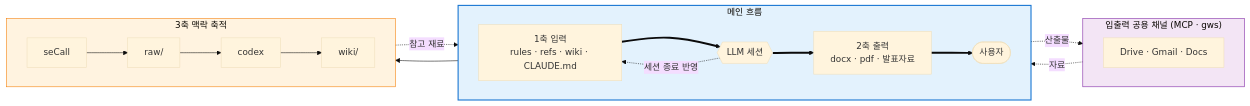
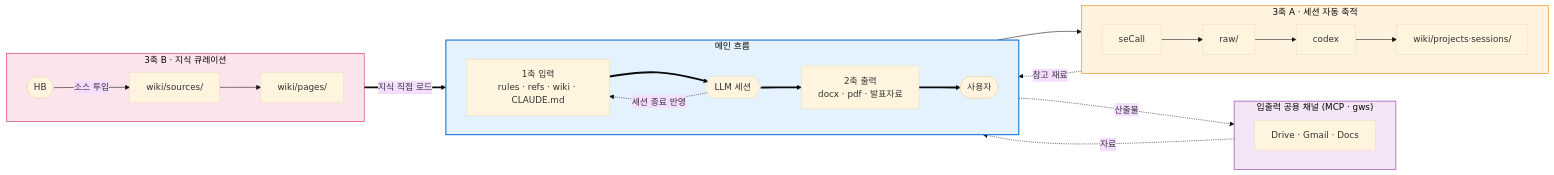
One commit to henry-1981/context-first-harness changed the fourth of 4 diagrams in README.md. Above: the diagram before and after it, drawn with Mermaid (base theme). The commit also changed other lines of this file, not shown here.

Commit message:
docs(readme): 3축 맥락 유지를 삼층 구조로 재설계 (지식 큐레이션 경로 추가)

````diff
--- a/README.md
+++ b/README.md
@@ -130,30 +138,38 @@
 ```mermaid
 flowchart LR
     subgraph channel_row ["입출력 공용 채널 (MCP · gws)"]
         direction LR
         channel[Drive · Gmail · Docs]
     end
 
     subgraph main_row ["메인 흐름"]
         direction LR
         axis1["1축 입력<br/>rules · refs · wiki · CLAUDE.md"] ==> llm{{LLM 세션}} ==> axis2["2축 출력<br/>docx · pdf · 발표자료"] ==> user([사용자])
     end
 
-    subgraph accum_row ["3축 맥락 축적"]
+    subgraph accum_a ["3축 A · 세션 자동 축적"]
         direction LR
-        secall[seCall] --> raw[raw/] --> codex[codex] --> processed[wiki/]
+        secall[seCall] --> raw[raw/] --> codex[codex] --> processed[wiki/projects·sessions/]
+    end
+
+    subgraph accum_b ["3축 B · 지식 큐레이션"]
+        direction LR
+        hb2([HB]) -->|소스 투입| sources2[wiki/sources/] --> pages2[wiki/pages/]
     end
 
     channel -.자료.-> axis1
     axis2 -.산출물.-> channel
     llm --> secall
     processed -.참고 재료.-> axis1
     llm -.세션 종료 반영.-> axis1
+    pages2 ==>|지식 직접 로드| axis1
 
     classDef channelStyle fill:#f3e5f5,stroke:#7b1fa2
     classDef mainStyle fill:#e3f2fd,stroke:#1976d2,stroke-width:2px
     classDef accumStyle fill:#fff3e0,stroke:#f57c00
+    classDef curationStyle fill:#fce4ec,stroke:#c2185b
     class channel_row channelStyle
     class main_row mainStyle
-    class accum_row accumStyle
+    class accum_a accumStyle
+    class accum_b curationStyle
 ```
````
